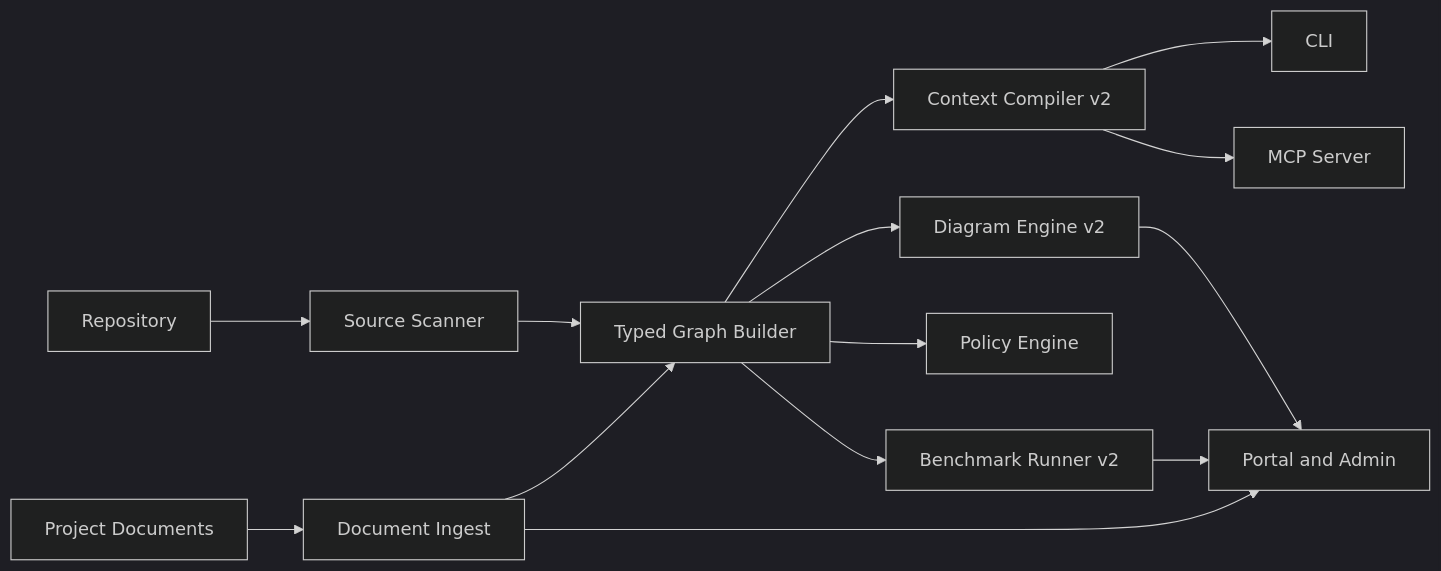
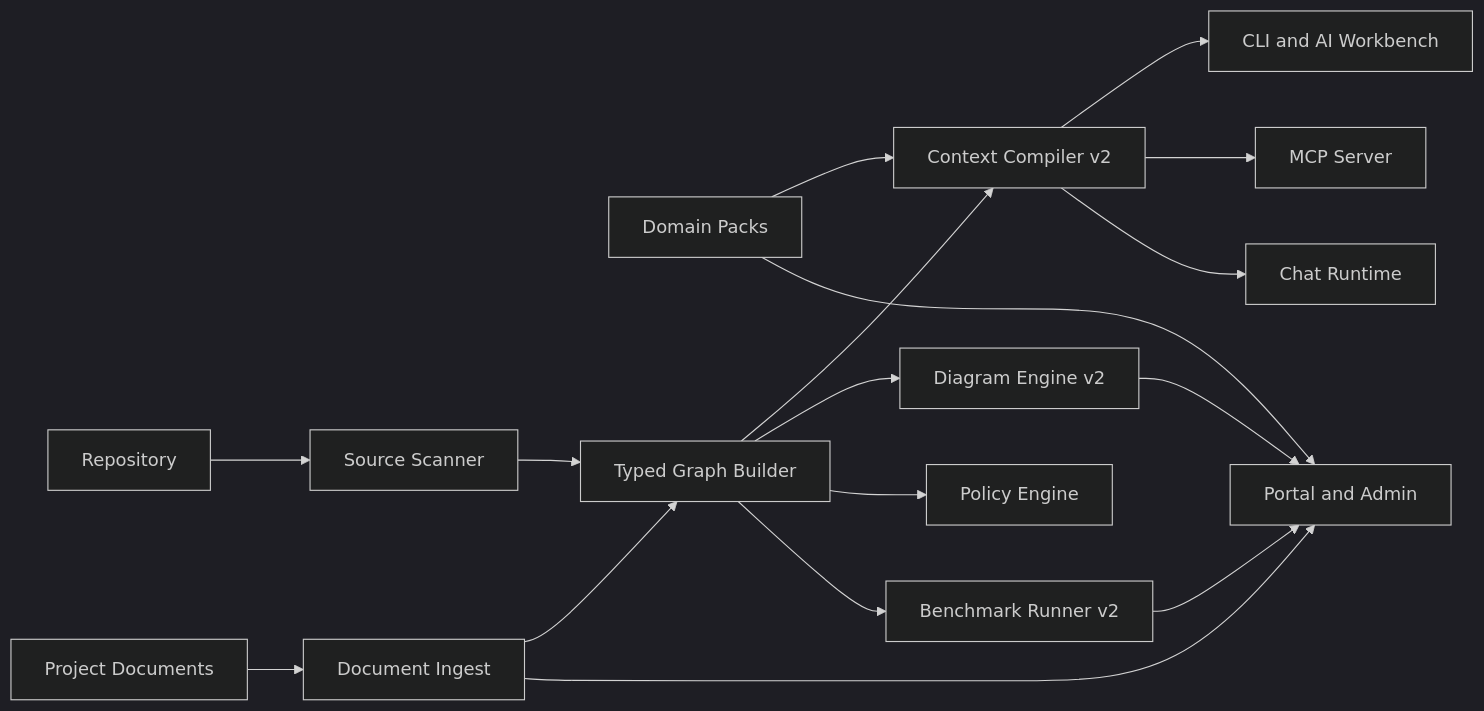
Before and after one commit to phamhungptithcm/be-ai-heart: the diagram in docs/11-implementation-blueprint-v2.md, drawn with Mermaid (dark theme). The commit also changed other lines of this file and 27 other files, not shown here.

Commit message:
docs: update product architecture and release planning

````diff
--- a/docs/11-implementation-blueprint-v2.md
+++ b/docs/11-implementation-blueprint-v2.md
@@ -111,16 +151,19 @@
 ```mermaid
 flowchart LR
     A["Repository"] --> B["Source Scanner"]
     A2["Project Documents"] --> C["Document Ingest"]
+    A3["Domain Packs"] --> E
     B --> D["Typed Graph Builder"]
     C --> D
     D --> E["Context Compiler v2"]
     D --> F["Diagram Engine v2"]
     D --> G["Policy Engine"]
-    E --> H["CLI"]
+    E --> H["CLI and AI Workbench"]
     E --> I["MCP Server"]
+    E --> I2["Chat Runtime"]
     F --> J["Portal and Admin"]
     C --> J
+    A3 --> J
     D --> K["Benchmark Runner v2"]
     K --> J
 ```
````
